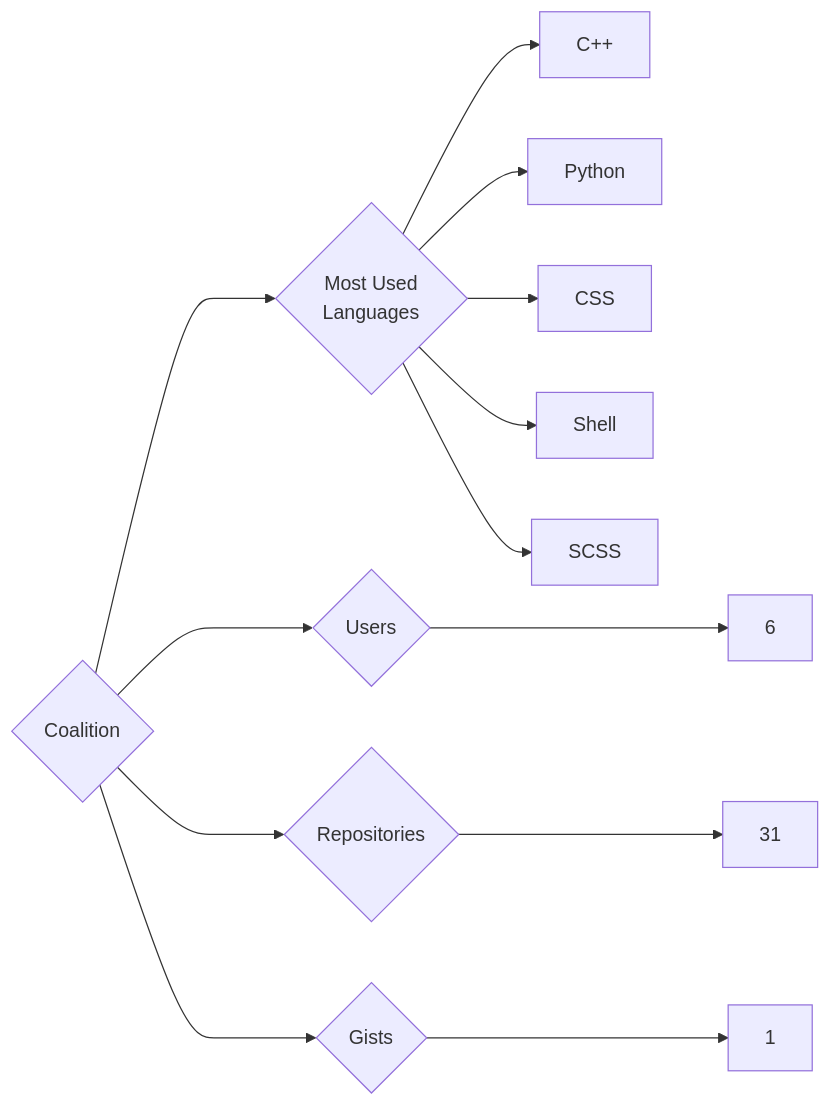
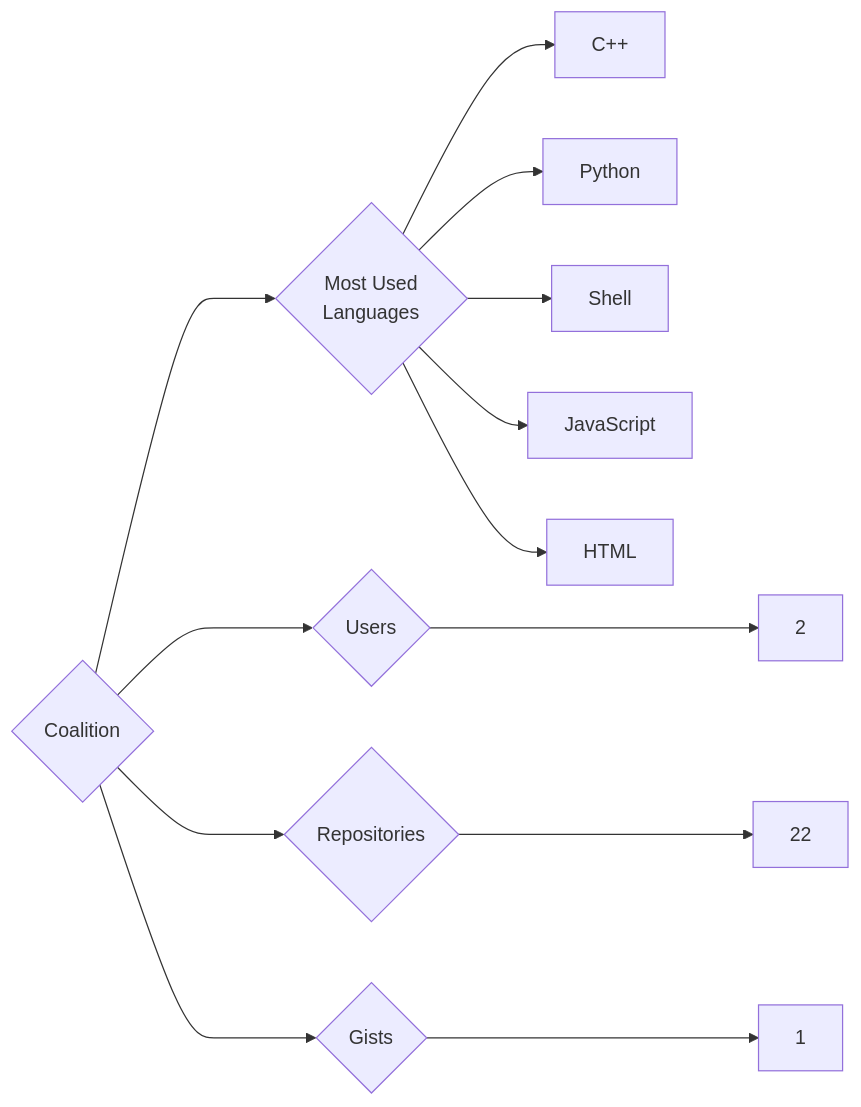
One commit to trickest/insiders changed the diagram in targets/Coalition/README.md. Above: the diagram before and after it, drawn with Mermaid. The commit also changed 859 other files, not shown here.

````diff
--- a/targets/Coalition/README.md
+++ b/targets/Coalition/README.md
@@ -3,13 +3,13 @@
 ```mermaid
 graph LR
 COMPANY_NAME{Coalition}
-COMPANY_NAME ---> U{Users} ---> UN[6]
-COMPANY_NAME ---> R{Repositories} ---> RN[31]
+COMPANY_NAME ---> U{Users} ---> UN[2]
+COMPANY_NAME ---> R{Repositories} ---> RN[22]
 COMPANY_NAME ---> G{Gists} ---> GN[1]
 COMPANY_NAME ---> ML{Most Used<br>Languages}
 ML --> C++[C++]
 ML --> Python[Python]
-ML --> CSS[CSS]
 ML --> Shell[Shell]
-ML --> SCSS[SCSS]
+ML --> JavaScript[JavaScript]
+ML --> HTML[HTML]
 ```
````
